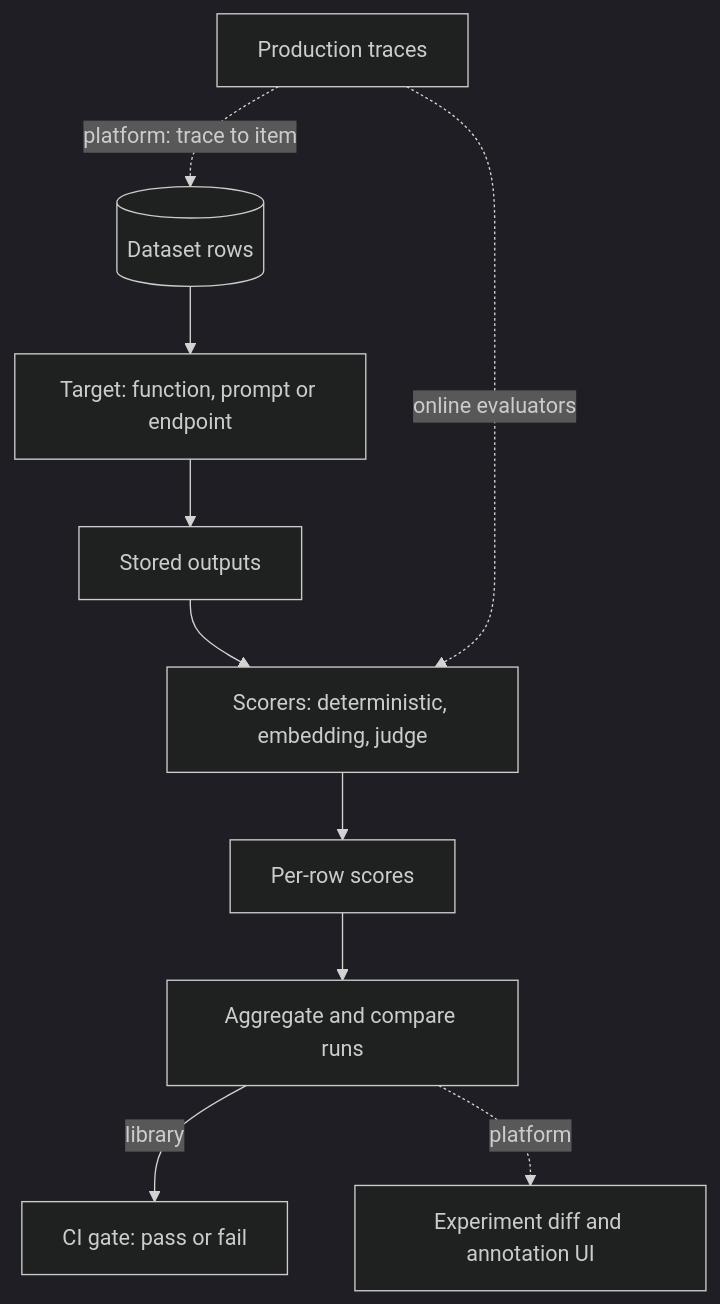
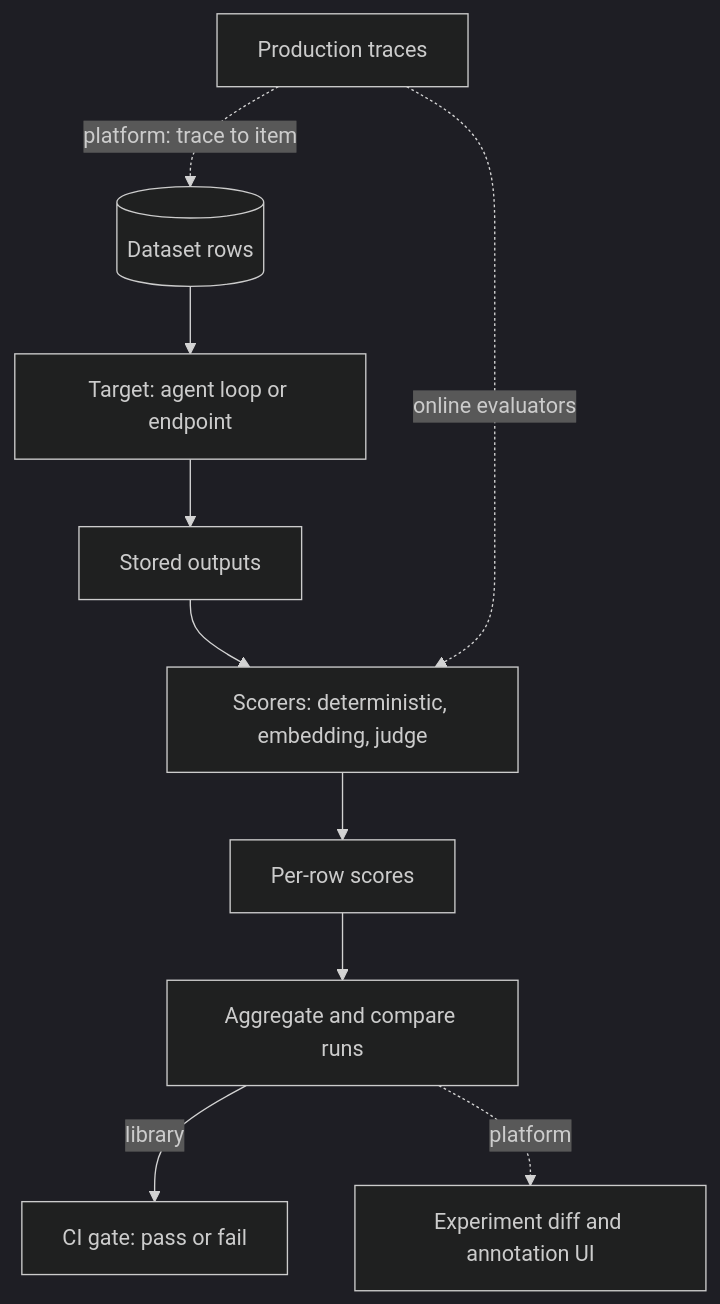
The diagram in content/evals/tooling.md (lovishmahajan97/agentic-learning), drawn with Mermaid (dark theme) before and after one commit. The commit also changed other lines of this file and 266 other files, not shown here.

````diff
--- a/content/evals/tooling.md
+++ b/content/evals/tooling.md
@@ -178,12 +211,12 @@
 ```mermaid
 flowchart TD
-    D[("Dataset rows")] --> T["Target: function, prompt or endpoint"]
+    D[("Dataset rows")] --> T["Target: agent loop or endpoint"]
     T --> O["Stored outputs"]
     O --> S["Scorers: deterministic, embedding, judge"]
     S --> R["Per-row scores"]
     R --> C["Aggregate and compare runs"]
     C -->|"library"| G["CI gate: pass or fail"]
     C -.->|"platform"| U["Experiment diff and annotation UI"]
     P["Production traces"] -.->|"platform: trace to item"| D
     P -.->|"online evaluators"| S
 ```
````
